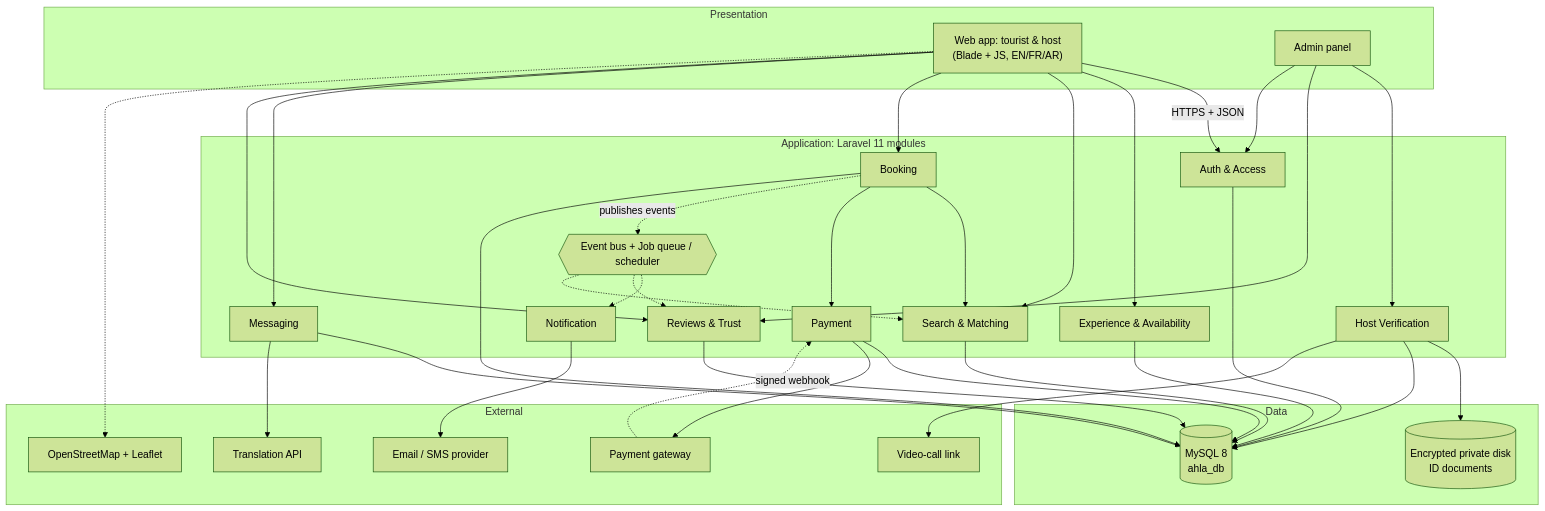
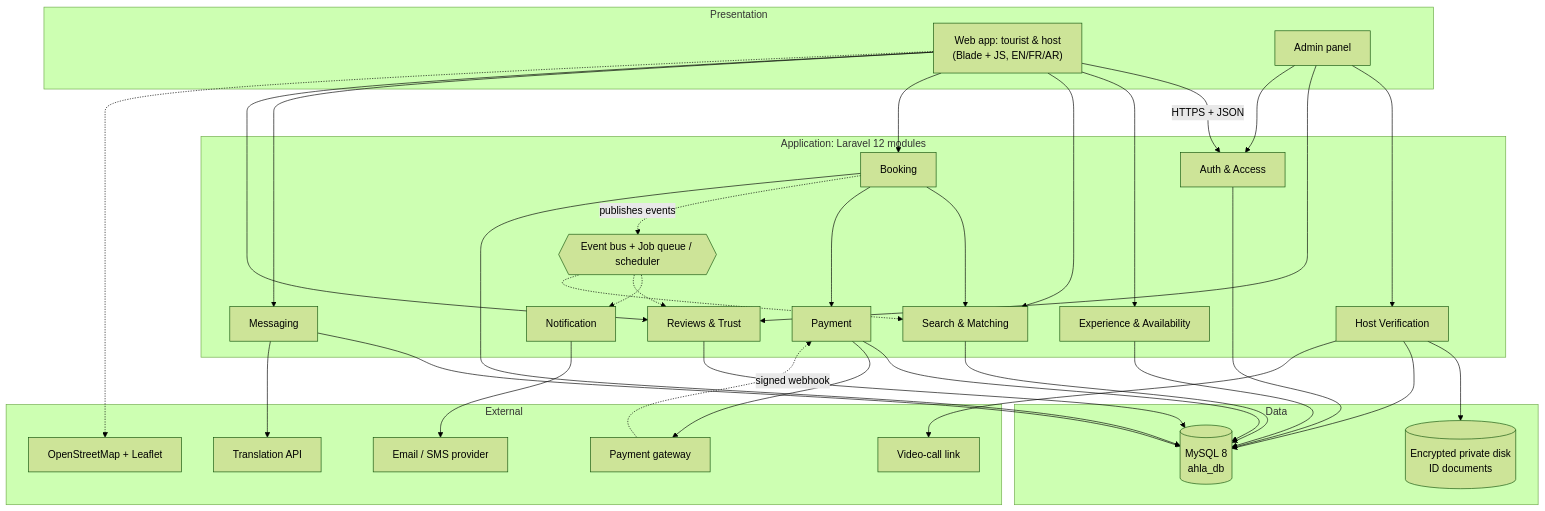
One commit to nourbouzir/Ahla changed the first of 6 diagrams in docs/architecture.md. Above: the diagram before and after it, drawn with Mermaid (forest theme). The commit also changed other lines of this file and 9 other files, not shown here.

````diff
--- a/docs/architecture.md
+++ b/docs/architecture.md
@@ -33,49 +33,49 @@
 ```mermaid
 flowchart TB
     subgraph Presentation
         WEB["Web app: tourist & host<br/>(Blade + JS, EN/FR/AR)"]
         ADM["Admin panel"]
     end
 
-    subgraph Application["Application: Laravel 11 modules"]
+    subgraph Application["Application: Laravel 12 modules"]
         AUTH[Auth & Access]
         VER[Host Verification]
         EXP[Experience & Availability]
         MAT[Search & Matching]
         BOOK[Booking]
         PAY[Payment]
         MSG[Messaging]
         TRUST[Reviews & Trust]
         NOTIF[Notification]
         BUS{{"Event bus + Job queue / scheduler"}}
     end
 
     subgraph Data
         DB[("MySQL 8<br/>ahla_db")]
         FILES[("Encrypted private disk<br/>ID documents")]
     end
 
     subgraph External
         GW[Payment gateway]
         TR[Translation API]
         MAIL[Email / SMS provider]
         MAPS[OpenStreetMap + Leaflet]
         VID[Video-call link]
     end
 
     WEB -->|HTTPS + JSON| AUTH
     WEB --> EXP & MAT & BOOK & MSG & TRUST
     ADM --> VER & TRUST & AUTH
     BOOK --> MAT
     BOOK --> PAY
     BOOK -.publishes events.-> BUS
     BUS -.-> NOTIF & TRUST & MAT
     VER --> FILES
     AUTH & VER & EXP & MAT & BOOK & PAY & MSG & TRUST --> DB
     PAY --> GW
     GW -.signed webhook.-> PAY
     MSG --> TR
     NOTIF --> MAIL
     VER --> VID
     WEB -.-> MAPS
 ```
````
